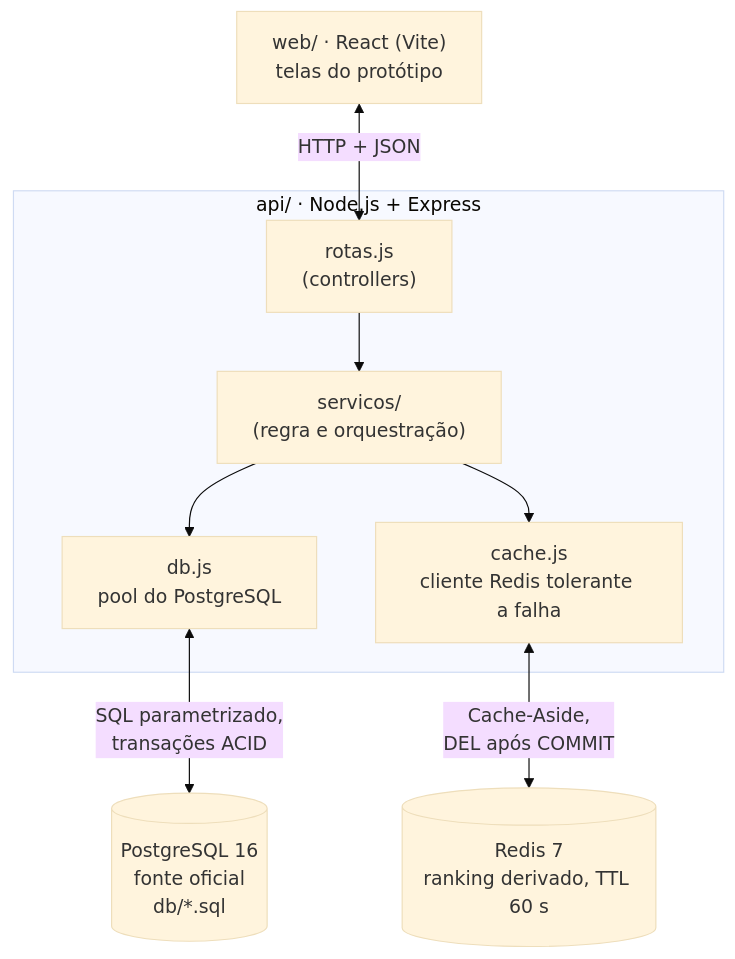
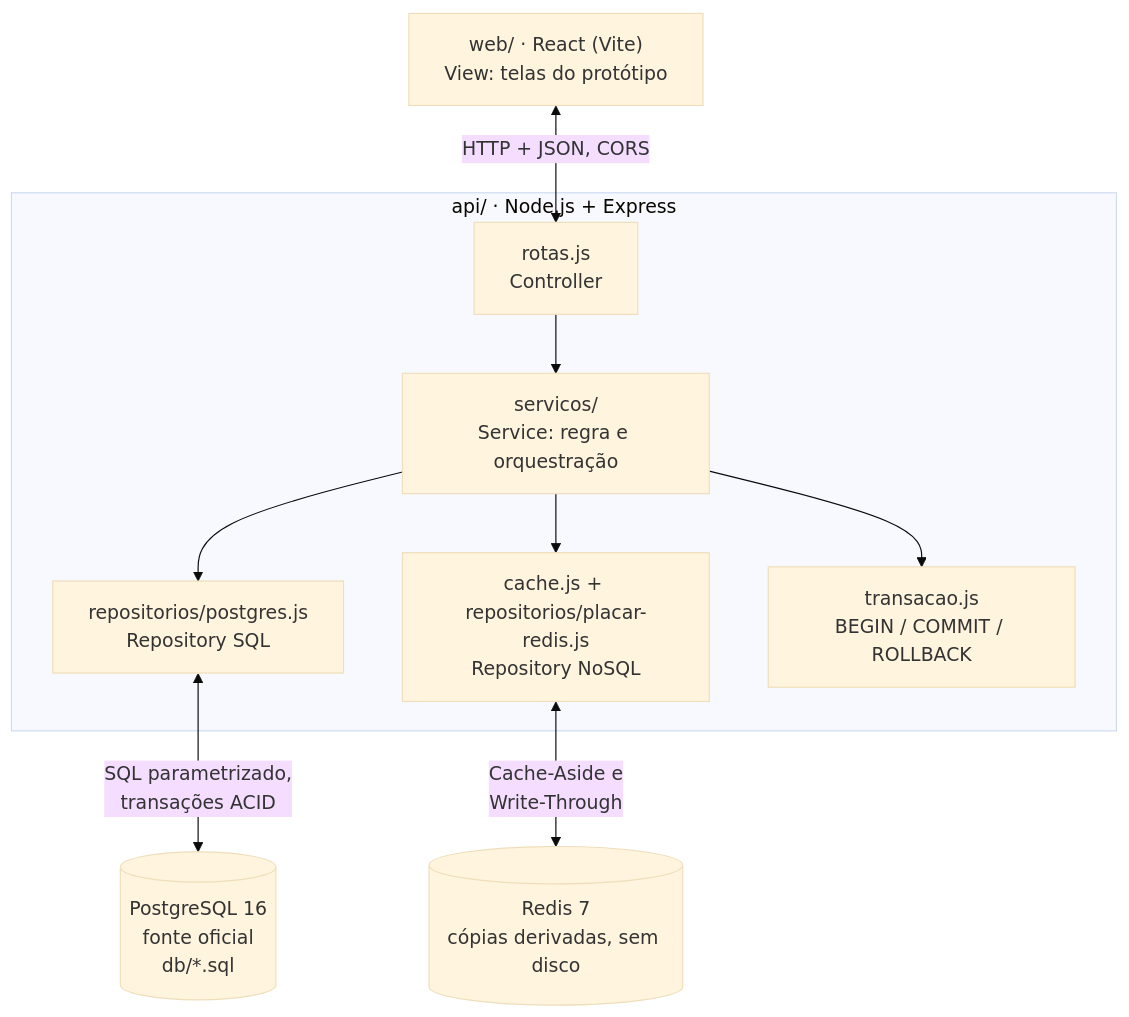
The first of 2 diagrams in docs/spec/03-arquitetura.md (josefideles/ej-quest), drawn with Mermaid (base theme) before and after one commit. The commit also changed other lines of this file and 10 other files, not shown here.

````diff
--- a/docs/spec/03-arquitetura.md
+++ b/docs/spec/03-arquitetura.md
@@ -5,14 +5,15 @@
 ```mermaid
 flowchart TB
-    WEB["web/ · React (Vite)<br/>telas do protótipo"]
+    WEB["web/ · React (Vite)<br/>View: telas do protótipo"]
     subgraph API["api/ · Node.js + Express"]
-        R["rotas.js<br/>(controllers)"] --> S["servicos/<br/>(regra e orquestração)"]
-        S --> DB["db.js<br/>pool do PostgreSQL"]
-        S --> C["cache.js<br/>cliente Redis tolerante a falha"]
+        R["rotas.js<br/>Controller"] --> S["servicos/<br/>Service: regra e orquestração"]
+        S --> RS["repositorios/postgres.js<br/>Repository SQL"]
+        S --> RN["cache.js + repositorios/placar-redis.js<br/>Repository NoSQL"]
+        S --> T["transacao.js<br/>BEGIN / COMMIT / ROLLBACK"]
     end
     PG[("PostgreSQL 16<br/>fonte oficial<br/>db/*.sql")]
-    RD[("Redis 7<br/>ranking derivado, TTL 60 s")]
-    WEB <-->|HTTP + JSON| R
-    DB <-->|SQL parametrizado,<br/>transações ACID| PG
-    C <-->|Cache-Aside,<br/>DEL após COMMIT| RD
+    RD[("Redis 7<br/>cópias derivadas, sem disco")]
+    WEB <-->|HTTP + JSON, CORS| R
+    RS <-->|SQL parametrizado,<br/>transações ACID| PG
+    RN <-->|Cache-Aside e<br/>Write-Through| RD
 ```
````
